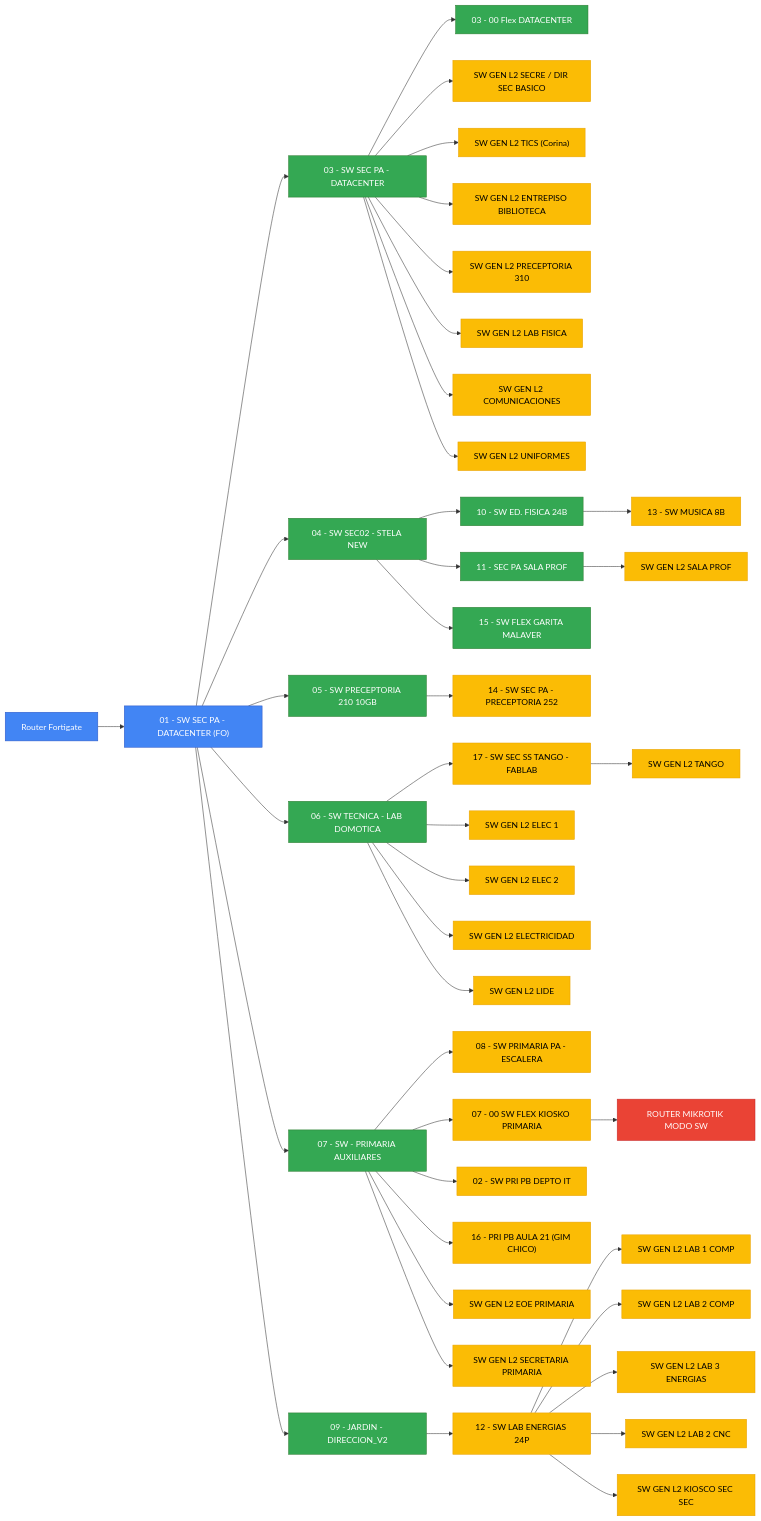
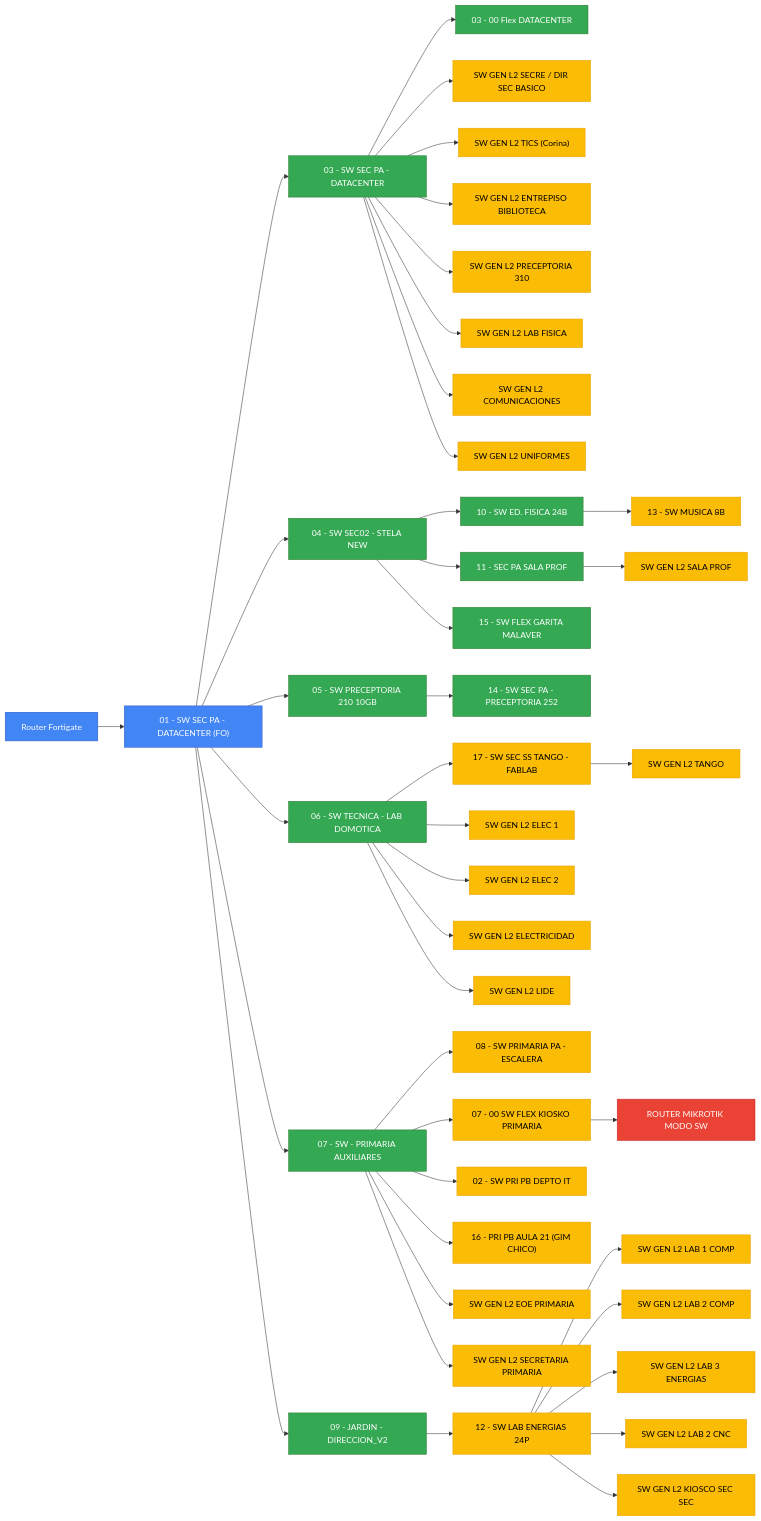
The diagram in README.md (carlostcba/Topologia-LSF), drawn with Mermaid before and after one commit.

````diff
--- a/README.md
+++ b/README.md
@@ -2,58 +2,58 @@
 ```mermaid
 flowchart LR
     classDef core fill:#4285F4,stroke:#2A56C6,color:white;
     classDef distribucion fill:#34A853,stroke:#2E7D32,color:white;
     classDef acceso fill:#FBBC05,stroke:#E8A203,color:black;
     classDef especial fill:#EA4335,stroke:#C62828,color:white;
 
     RF[Router Fortigate] --> C01["01 - SW SEC PA - DATACENTER (FO)"]
     C01 --> S03["03 - SW SEC PA - DATACENTER"]
     S03 --> F03["03 - 00 Flex DATACENTER"]
     S03 --> S031["SW GEN L2 SECRE / DIR SEC BASICO"]
     S03 --> S032["SW GEN L2 TICS (Corina)"]
     S03 --> S033["SW GEN L2 ENTREPISO BIBLIOTECA"]
     S03 --> S034["SW GEN L2 PRECEPTORIA 310"]
     S03 --> S035["SW GEN L2 LAB FISICA"]
     S03 --> S036["SW GEN L2 COMUNICACIONES"]
     S03 --> S037["SW GEN L2 UNIFORMES"]
 
     C01 --> S04["04 - SW SEC02 - STELA NEW"]
     S04 --> E10["10 - SW ED. FISICA 24B"]
     E10 --> M13["13 - SW MUSICA 8B"]
     S04 --> P11["11 - SEC PA SALA PROF"]
     P11 --> SPROF["SW GEN L2 SALA PROF"]
     S04 --> FLEX2["15 - SW FLEX GARITA MALAVER"]
 
     C01 --> S05["05 - SW PRECEPTORIA 210 10GB"]
     S05 --> P14["14 - SW SEC PA - PRECEPTORIA 252"]
 
     C01 --> S06["06 - SW TECNICA - LAB DOMOTICA"]
     S06 --> T17["17 - SW SEC SS TANGO - FABLAB"]
     T17 --> TANGO["SW GEN L2 TANGO"]
     S06 --> ELEC1["SW GEN L2 ELEC 1"]
     S06 --> ELEC2["SW GEN L2 ELEC 2"]
     S06 --> ELEC3["SW GEN L2 ELECTRICIDAD"]
     S06 --> LIDE["SW GEN L2 LIDE"]
 
     C01 --> S07["07 - SW - PRIMARIA AUXILIARES"]
     S07 --> P08["08 - SW PRIMARIA PA - ESCALERA"]
     S07 --> K07["07 - 00 SW FLEX KIOSKO PRIMARIA"]
     K07 --> RMIK["ROUTER MIKROTIK MODO SW"]
     S07 --> D02["02 - SW PRI PB DEPTO IT"]
     S07 --> G16["16 - PRI PB AULA 21 (GIM CHICO)"]
     S07 --> EOE["SW GEN L2 EOE PRIMARIA"]
     S07 --> SPRI["SW GEN L2 SECRETARIA PRIMARIA"]
 
     C01 --> S09["09 - JARDIN - DIRECCION_V2"]
     S09 --> L12["12 - SW LAB ENERGIAS 24P"]
     L12 --> LC1["SW GEN L2 LAB 1 COMP"]
     L12 --> LC2["SW GEN L2 LAB 2 COMP"]
     L12 --> LE3["SW GEN L2 LAB 3 ENERGIAS"]
     L12 --> CNC["SW GEN L2 LAB 2 CNC"]
     L12 --> KSEC["SW GEN L2 KIOSCO SEC SEC"]
 
     class RF,C01 core;
-    class S03,S04,S05,S06,S07,S09,F03,FLEX1,FLEX2,P11,E10 distribucion;
-    class S031,S032,S033,S034,S035,S036,S037,,M13,P14,T17,SPROF,TANGO,ELEC1,ELEC2,ELEC3,LIDE,P08,K07,D02,G16,EOE,SPRI,L12,LC1,LC2,LE3,CNC,KSEC acceso;
+    class S03,S04,S05,S06,S07,S09,F03,FLEX1,FLEX2,P11,E10,P14 distribucion;
+    class S031,S032,S033,S034,S035,S036,S037,,M13,T17,SPROF,TANGO,ELEC1,ELEC2,ELEC3,LIDE,P08,K07,D02,G16,EOE,SPRI,L12,LC1,LC2,LE3,CNC,KSEC acceso;
     class RMIK especial;
 ```
````
